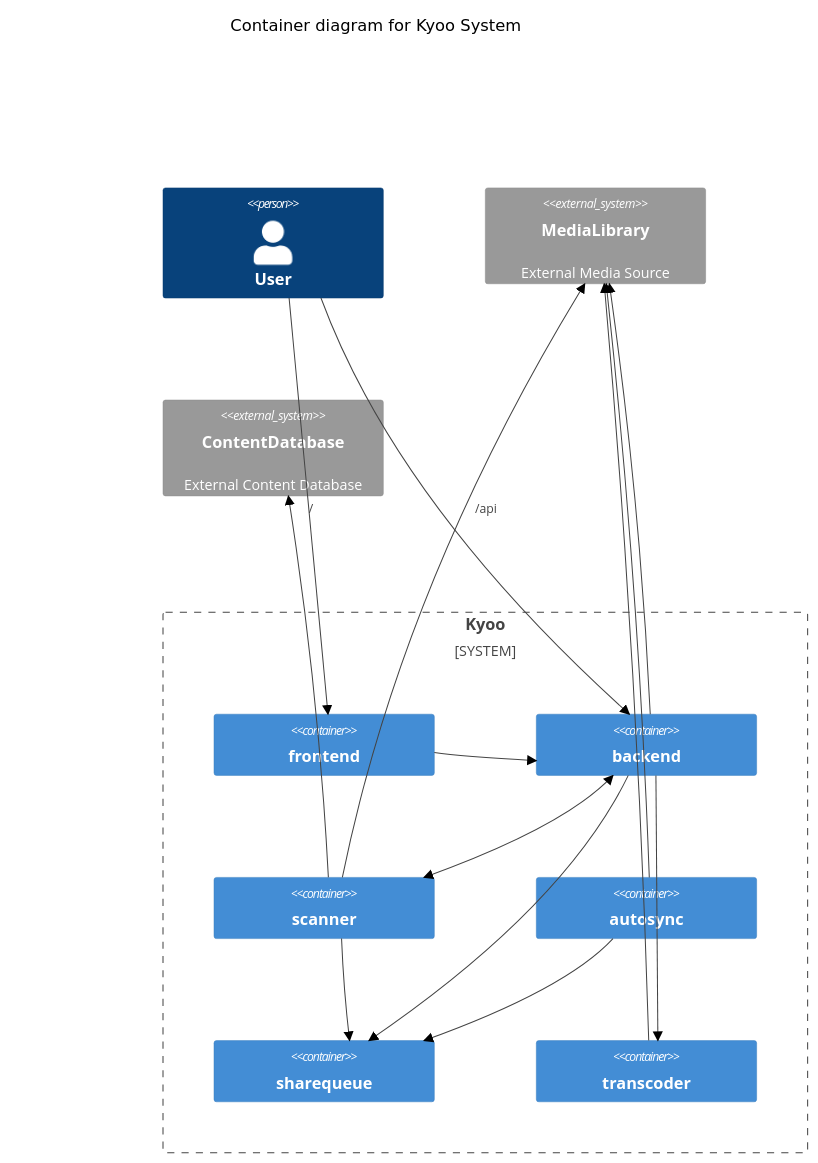
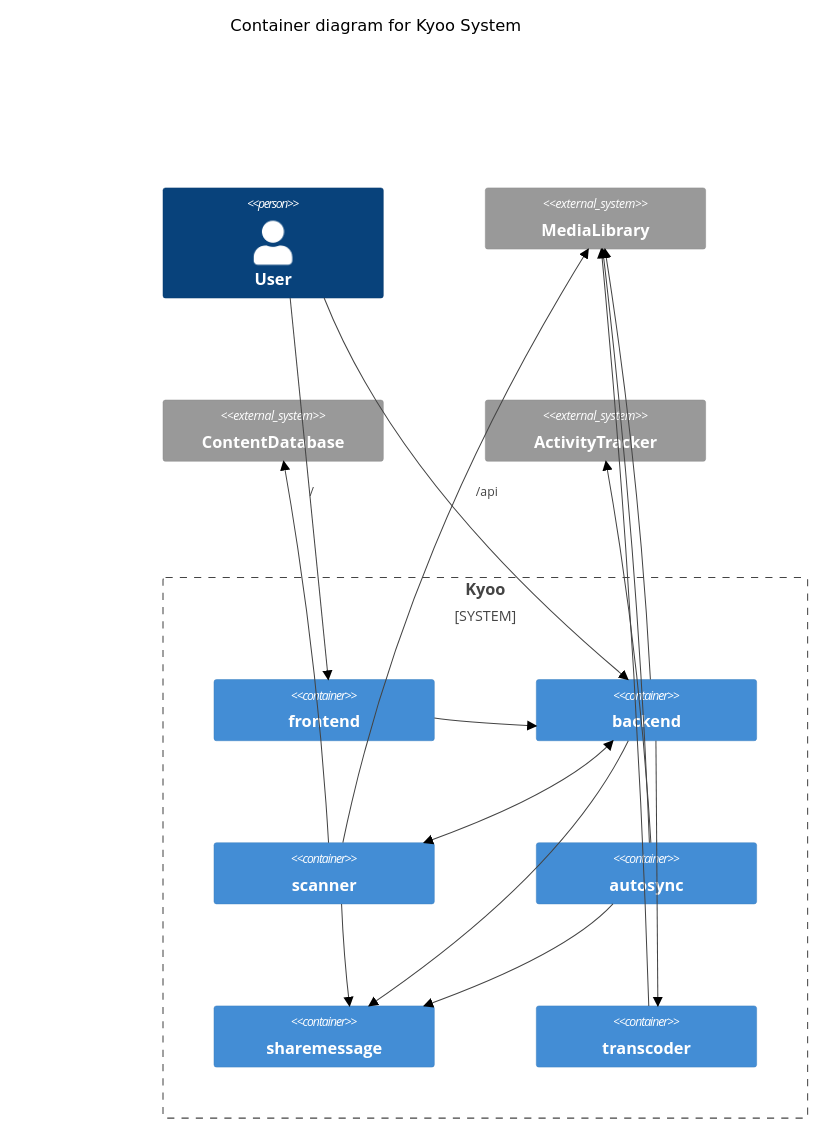
One commit to zoriya/Kyoo changed the second of 3 diagrams in DIAGRAMS.md. Above: the diagram before and after it, drawn with Mermaid (neutral theme). The commit also changed other lines of this file, not shown here.

Commit message:
update diagram

````diff
--- a/DIAGRAMS.md
+++ b/DIAGRAMS.md
@@ -24,36 +26,38 @@
 ```mermaid
     C4Container
 
       title Container diagram for Kyoo System
       Person(user, "User")
 
       System_Boundary(s1, "Kyoo") {
         Container(frontend, "frontend")
         Container(backend, "backend")
         Container(scanner, "scanner")
         Container(autosync, "autosync")
-        Container(shareq, "sharequeue")
+        Container(sharem, "sharemessage")
         Container(transcoder, "transcoder")
       }
 
-      System_Ext(media, "MediaLibrary", "External Media Source")
-      System_Ext(content, "ContentDatabase", "External Content Database")
+      System_Ext(media, "MediaLibrary", "")
+      System_Ext(content, "ContentDatabase", "")
+      System_Ext(tracker, "ActivityTracker", "")
 
       Rel(user, frontend, "/")
       Rel(user, backend, "/api")
       Rel(frontend, backend, "")
-      Rel(backend, shareq, "")
+      Rel(backend, sharem, "")
       Rel(backend, media, "")
       Rel(backend, transcoder, "")
-      Rel(autosync, shareq, "")
+      Rel(autosync, sharem, "")
       Rel(autosync, media, "")
-      Rel(scanner, shareq, "")
+      Rel(autosync, tracker, "")
+      Rel(scanner, sharem, "")
       Rel(scanner, media, "")
       Rel(scanner, content, "")
       Rel(transcoder, media, "")
 
       BiRel(backend, scanner, "")
 
       UpdateLayoutConfig($c4ShapeInRow="3", $c4BoundaryInRow="1")
 
 ```
````
